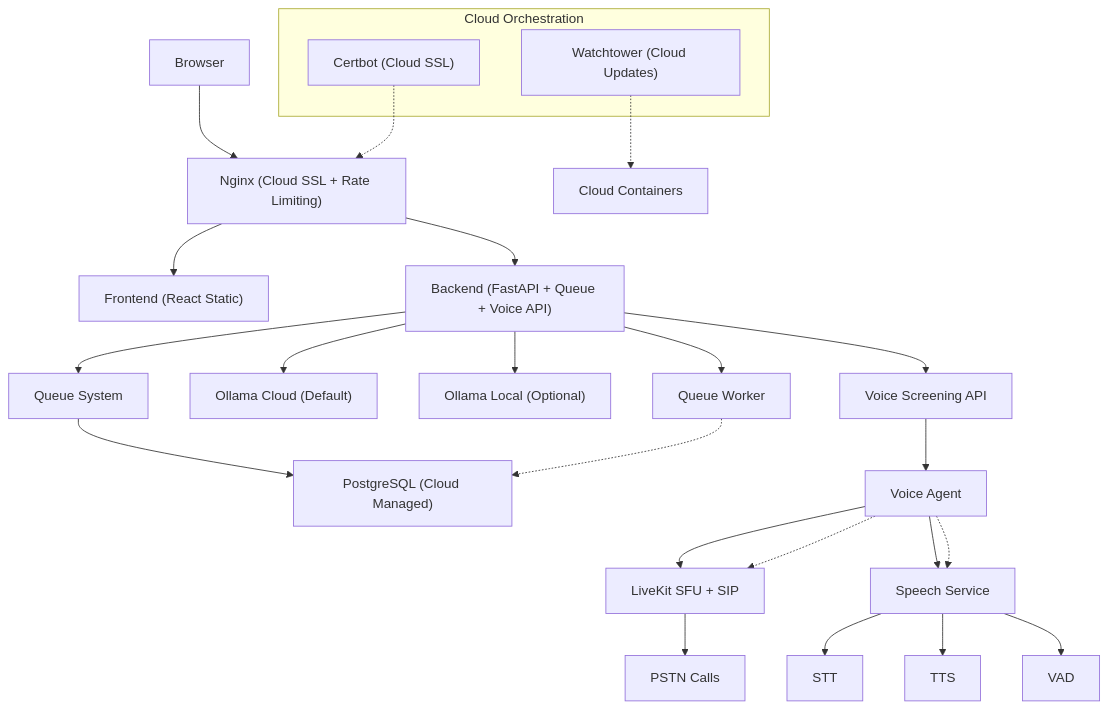
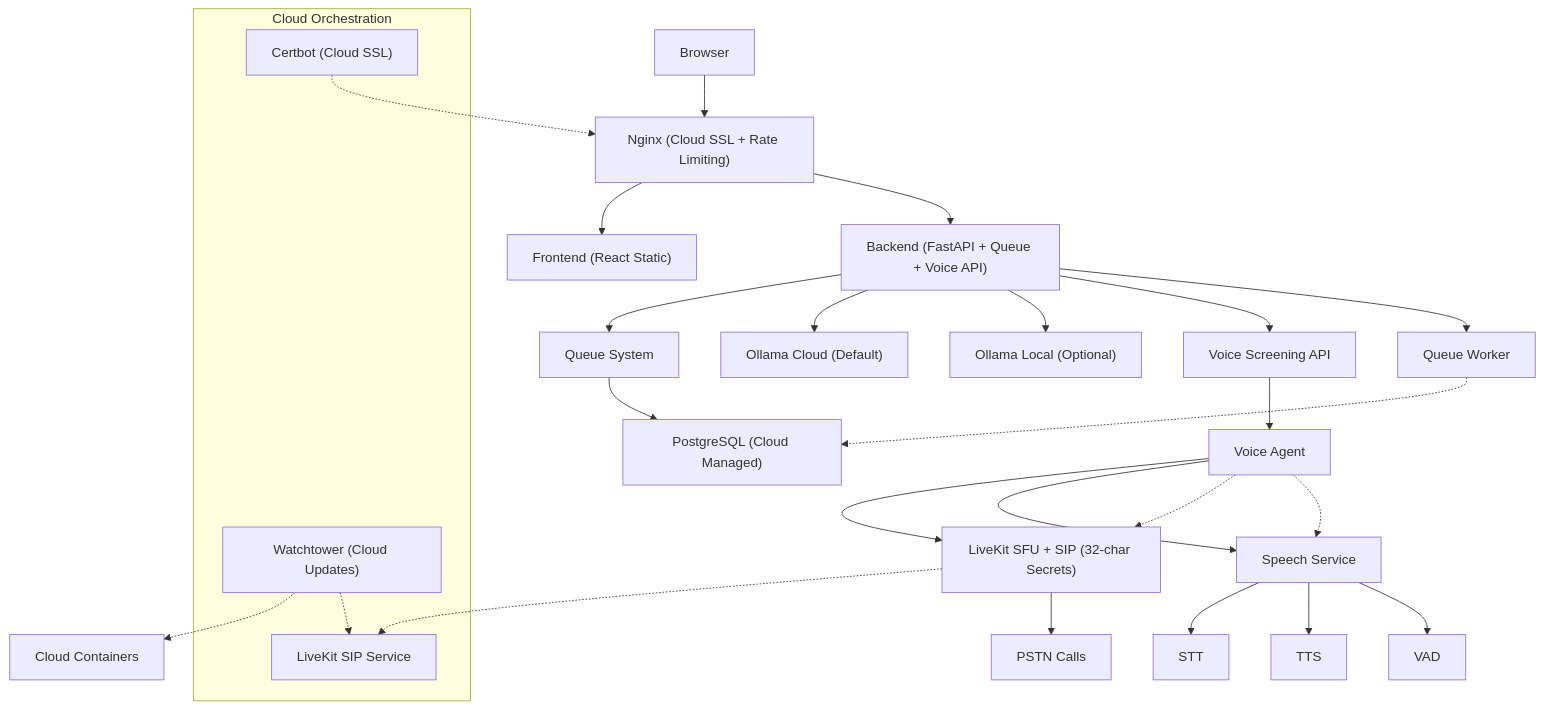
Before and after one commit to Revanththetalogics/aireume: the third of 16 diagrams in .qoder/repowiki/en/content/Deployment & DevOps/Deployment & DevOps.md, drawn with Mermaid. The commit also changed other lines of this file and 118 other files, not shown here.

First line of the commit message:
feat: implement AI Recruiter module - intelligent voice interview agent

````diff
--- a/.qoder/repowiki/en/content/Deployment & DevOps/Deployment & DevOps.md
+++ b/.qoder/repowiki/en/content/Deployment & DevOps/Deployment & DevOps.md
@@ -274,28 +292,31 @@
 ```mermaid
 graph TB
 Client["Browser"] --> Nginx["Nginx (Cloud SSL + Rate Limiting)"]
 Nginx --> FE["Frontend (React Static)"]
 Nginx --> BE["Backend (FastAPI + Queue + Voice API)"]
 BE --> Queue["Queue System"]
 Queue --> DB["PostgreSQL (Cloud Managed)"]
 BE --> OllamaCloud["Ollama Cloud (Default)"]
 BE --> OllamaLocal["Ollama Local (Optional)"]
 BE --> VoiceAPI["Voice Screening API"]
 VoiceAPI --> VoiceAgent["Voice Agent"]
-VoiceAgent --> LiveKit["LiveKit SFU + SIP"]
+VoiceAgent --> LiveKit["LiveKit SFU + SIP (32-char Secrets)"]
 LiveKit --> PSTN["PSTN Calls"]
 VoiceAgent --> SpeechService["Speech Service"]
 SpeechService --> STT["STT"]
 SpeechService --> TTS["TTS"]
 SpeechService --> VAD["VAD"]
 BE --> QueueWorker["Queue Worker"]
 subgraph "Cloud Orchestration"
 Watchtower["Watchtower (Cloud Updates)"]
 Certbot["Certbot (Cloud SSL)"]
+LiveKitSIP["LiveKit SIP Service"]
 end
 Watchtower -.-> Containers["Cloud Containers"]
+Watchtower -.-> LiveKitSIP
 Certbot -.-> Nginx
 QueueWorker -.-> DB
 VoiceAgent -.-> LiveKit
 VoiceAgent -.-> SpeechService
+LiveKit -.-> LiveKitSIP
 ```
````
